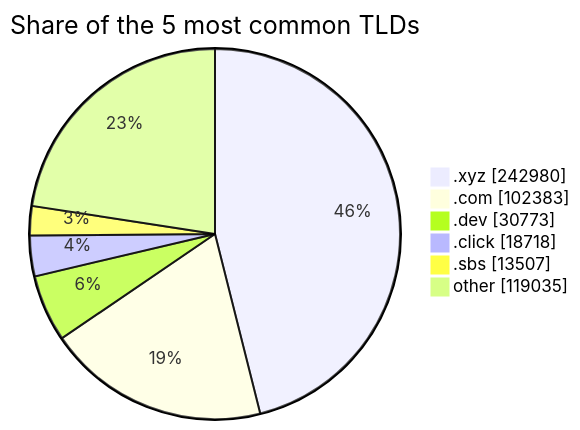
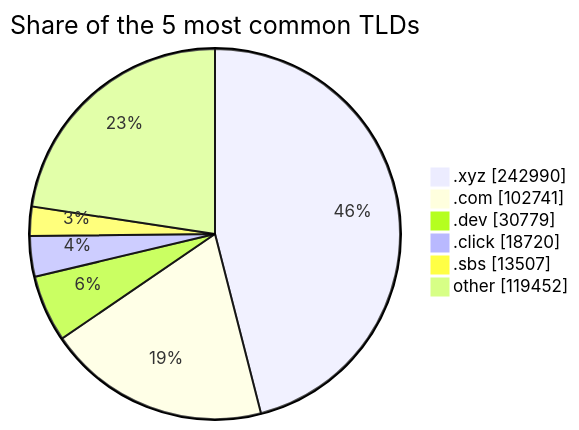
One commit to DNSBunker/CTI changed the third of 3 diagrams in README.md. Above: the diagram before and after it, drawn with Mermaid. The commit also changed other lines of this file and 3 other files, not shown here.

````diff
--- a/README.md
+++ b/README.md
@@ -81,9 +81,9 @@
 ```mermaid
 pie showData title Share of the 5 most common TLDs
-    ".xyz" : 242980
-    ".com" : 102383
-    ".dev" : 30773
-    ".click" : 18718
+    ".xyz" : 242990
+    ".com" : 102741
+    ".dev" : 30779
+    ".click" : 18720
     ".sbs" : 13507
-    "other" : 119035
+    "other" : 119452
 ```
````
